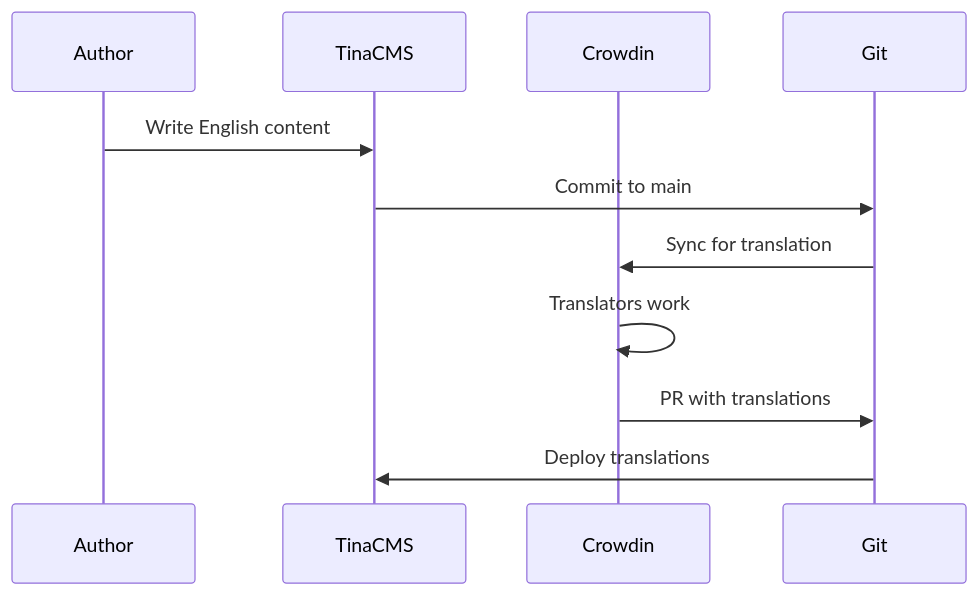
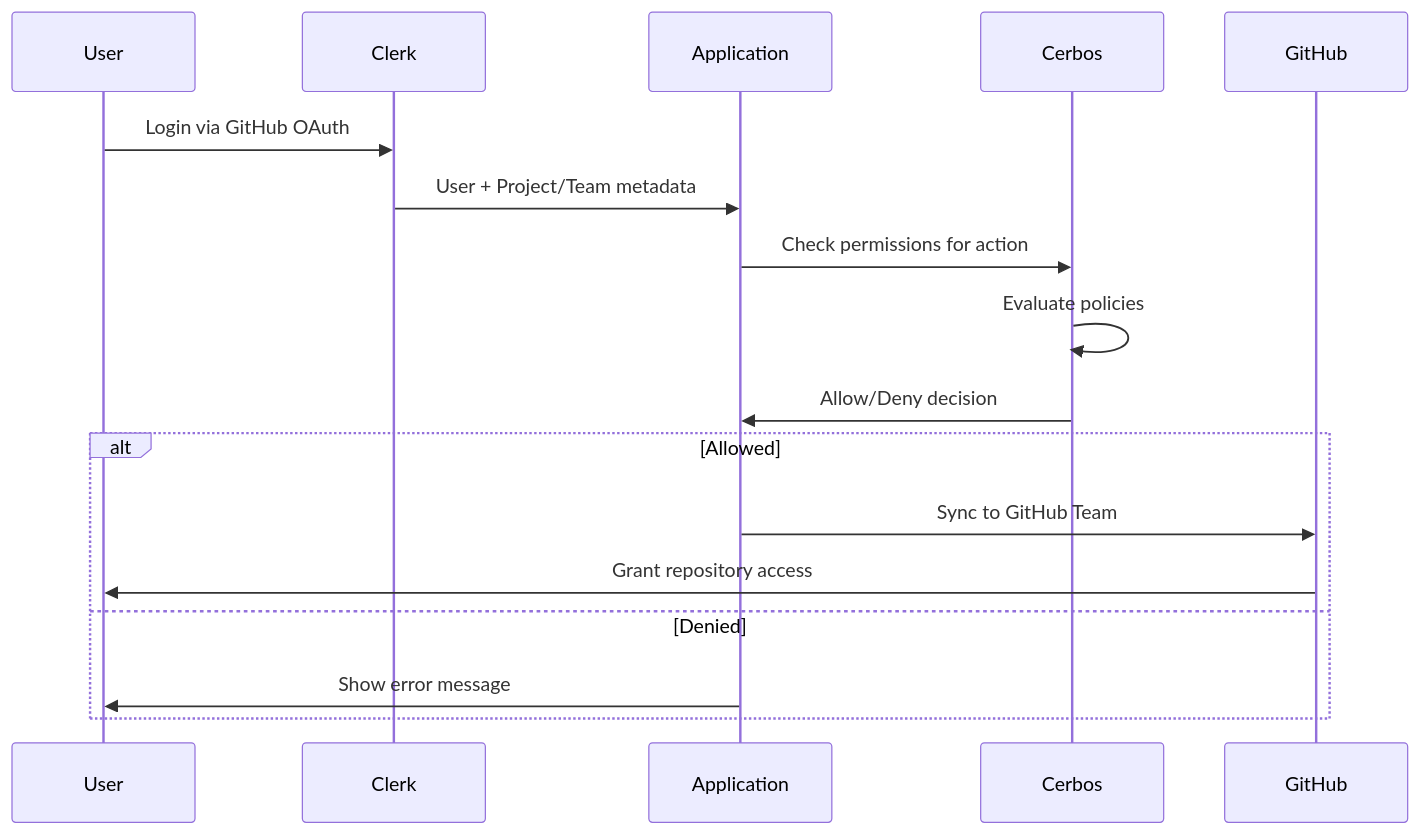
One commit to iflastandards/platform changed the third of 3 diagrams in system-design-docs/09-collaboration-architecture.md. Above: the diagram before and after it, drawn with Mermaid. The commit also changed other lines of this file and 47 other files, not shown here.

````diff
--- a/system-design-docs/09-collaboration-architecture.md
+++ b/system-design-docs/09-collaboration-architecture.md
@@ -1068,14 +292,21 @@
 ```mermaid
 sequenceDiagram
-    participant A as Author
-    participant T as TinaCMS
-    participant C as Crowdin
-    participant G as Git
+    participant U as User
+    participant C as Clerk
+    participant A as Application
+    participant CB as Cerbos
+    participant GH as GitHub
     
-    A->>T: Write English content
-    T->>G: Commit to main
-    G->>C: Sync for translation
-    C->>C: Translators work
-    C->>G: PR with translations
-    G->>T: Deploy translations
+    U->>C: Login via GitHub OAuth
+    C->>A: User + Project/Team metadata
+    A->>CB: Check permissions for action
+    CB->>CB: Evaluate policies
+    CB->>A: Allow/Deny decision
+    
+    alt Allowed
+        A->>GH: Sync to GitHub Team
+        GH->>U: Grant repository access
+    else Denied
+        A->>U: Show error message
+    end
 ```
````
